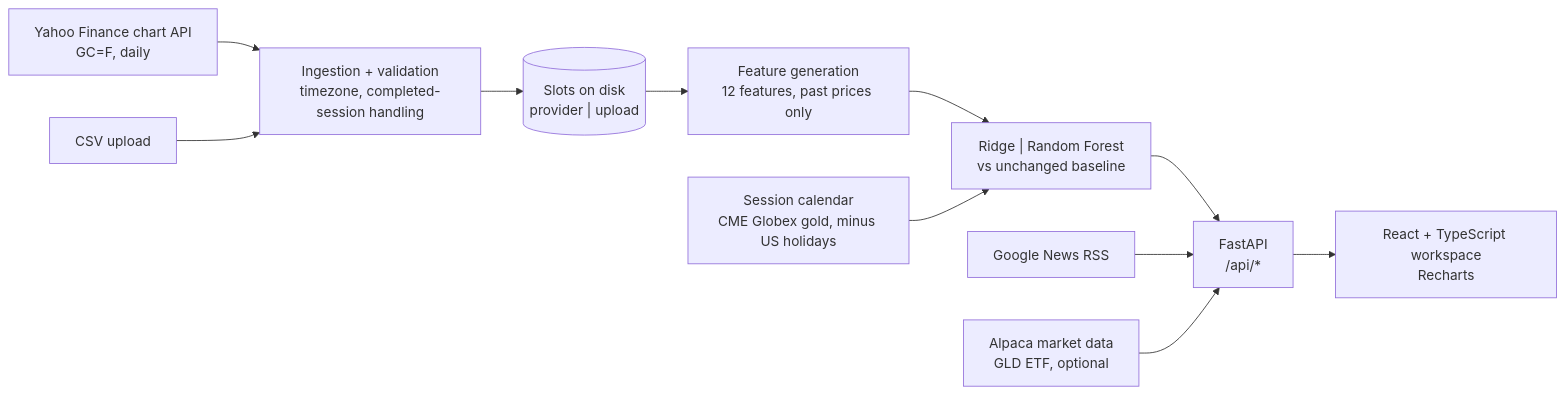
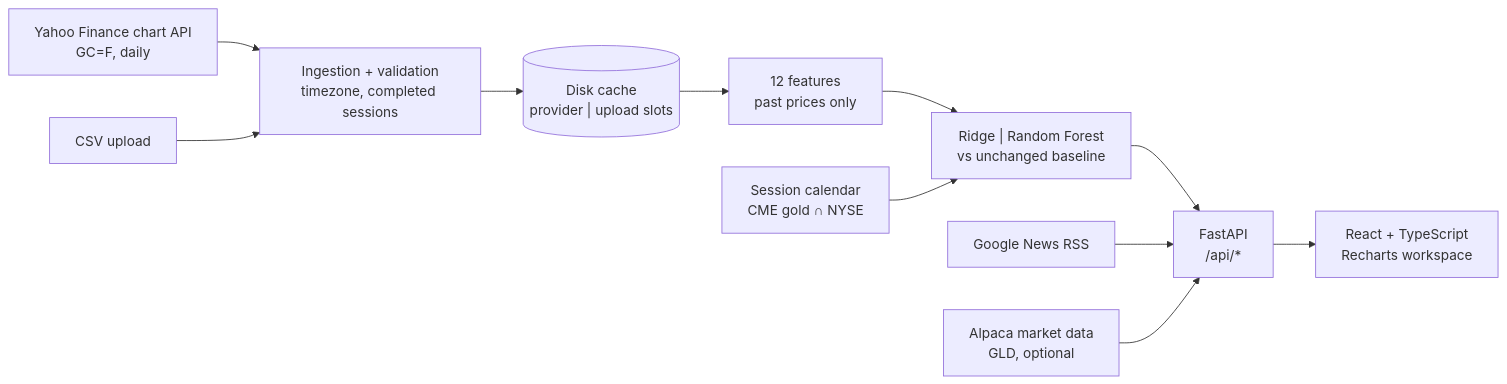
The diagram in README.md (Martysunshine/ai-gold-forecast), drawn with Mermaid before and after one commit. The commit also changed other lines of this file and 8 other files, not shown here.

````diff
--- a/README.md
+++ b/README.md
@@ -50,13 +79,13 @@
 ```mermaid
 flowchart LR
-  Y["Yahoo Finance chart API<br/>GC=F, daily"] --> I["Ingestion + validation<br/>timezone, completed-session handling"]
+  Y["Yahoo Finance chart API<br/>GC=F, daily"] --> I["Ingestion + validation<br/>timezone, completed sessions"]
   U["CSV upload"] --> I
-  I --> C[("Slots on disk<br/>provider | upload")]
-  C --> F["Feature generation<br/>12 features, past prices only"]
+  I --> C[("Disk cache<br/>provider | upload slots")]
+  C --> F["12 features<br/>past prices only"]
   F --> M["Ridge | Random Forest<br/>vs unchanged baseline"]
-  S["Session calendar<br/>CME Globex gold, minus US holidays"] --> M
+  S["Session calendar<br/>CME gold ∩ NYSE"] --> M
   M --> A["FastAPI<br/>/api/*"]
   N["Google News RSS"] --> A
-  G["Alpaca market data<br/>GLD ETF, optional"] --> A
-  A --> W["React + TypeScript workspace<br/>Recharts"]
+  G["Alpaca market data<br/>GLD, optional"] --> A
+  A --> W["React + TypeScript<br/>Recharts workspace"]
 ```
````
